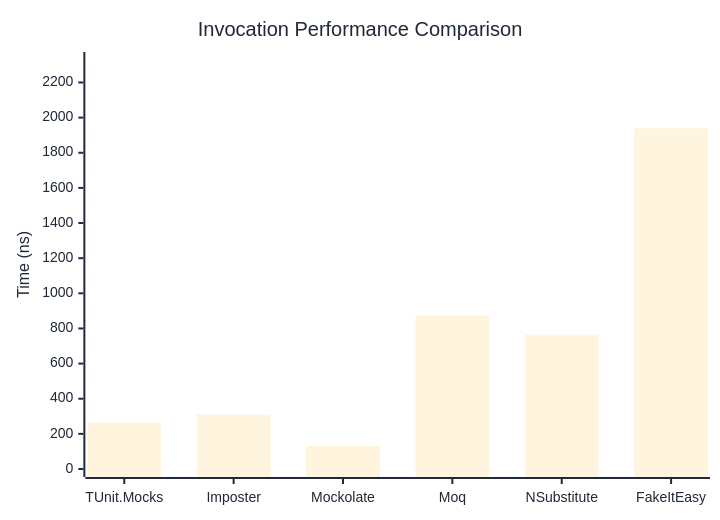
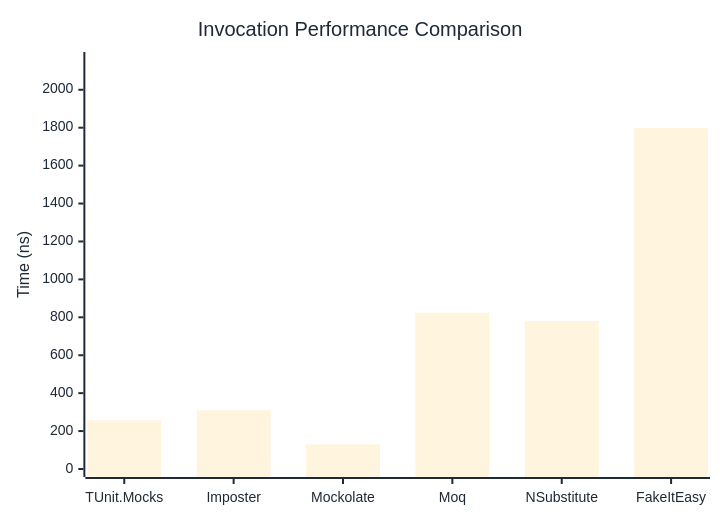
Before and after one commit to thomhurst/TUnit: the first of 3 diagrams in docs/docs/benchmarks/mocks/Invocation.md, drawn with Mermaid. The commit also changed other lines of this file and 14 other files, not shown here.

````diff
--- a/docs/docs/benchmarks/mocks/Invocation.md
+++ b/docs/docs/benchmarks/mocks/Invocation.md
@@ -28,27 +28,27 @@
 ```mermaid
 %%{init: {
   'theme':'base',
   'themeVariables': {
     'primaryColor': '#2563eb',
     'primaryTextColor': '#1f2937',
     'primaryBorderColor': '#1e40af',
     'lineColor': '#6b7280',
     'secondaryColor': '#7c3aed',
     'tertiaryColor': '#dc2626',
     'background': '#ffffff',
     'pie1': '#2563eb',
     'pie2': '#7c3aed',
     'pie3': '#dc2626',
     'pie4': '#f59e0b',
     'pie5': '#10b981',
     'pie6': '#06b6d4',
     'pie7': '#ec4899',
     'pie8': '#6366f1'
   }
 }}%%
 xychart-beta
   title "Invocation Performance Comparison"
   x-axis ["TUnit.Mocks", "Imposter", "Mockolate", "Moq", "NSubstitute", "FakeItEasy"]
-  y-axis "Time (ns)" 0 --> 2328
-  bar [264.9, 309.8, 131.1, 874.3, 763.9, 1939.3]
+  y-axis "Time (ns)" 0 --> 2157
+  bar [256.7, 309.1, 129.5, 824.4, 780.5, 1797.5]
 ```
````
